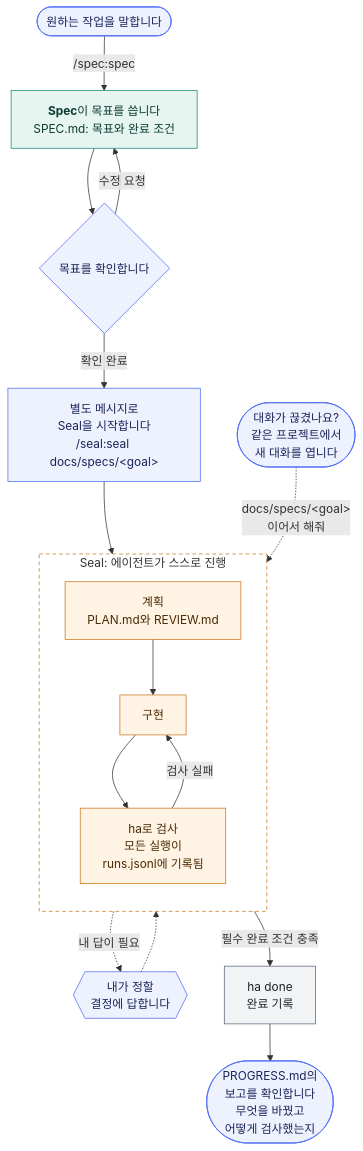
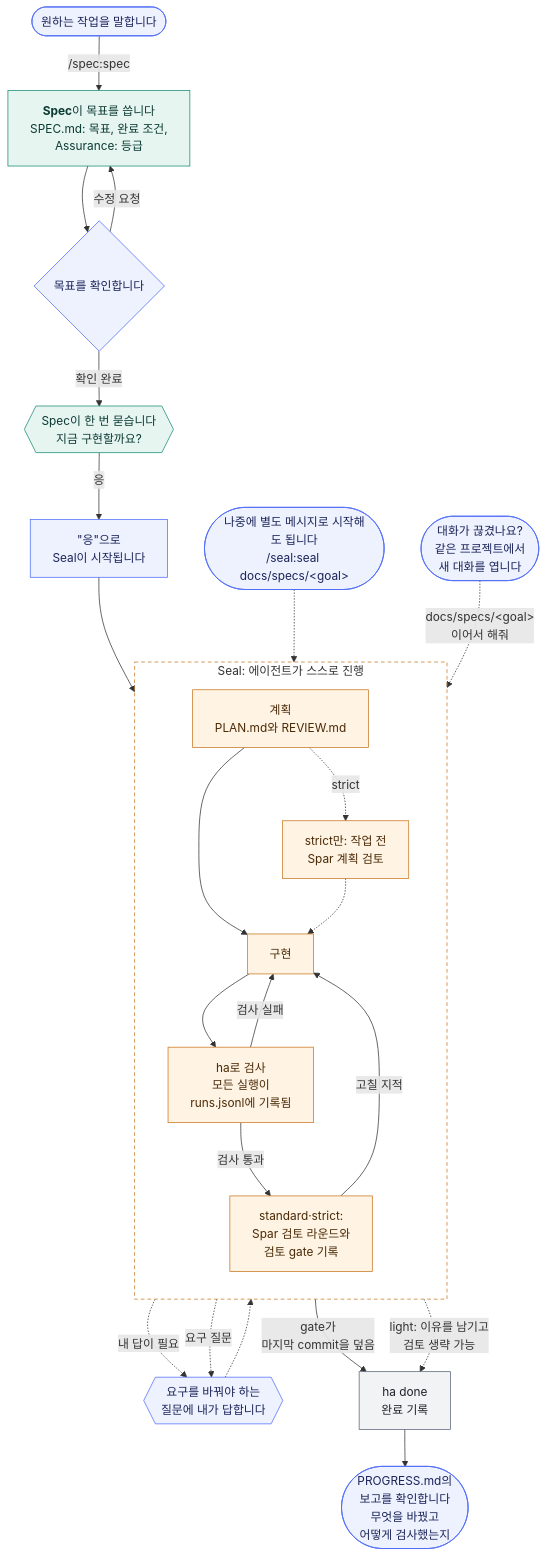
One commit to jgoneit/jaekit changed the diagram in README.ko.md. Above: the diagram before and after it, drawn with Mermaid. The commit also changed other lines of this file and 1 other file, not shown here.

Commit message:
Show the v0.1.7 flow in the README diagram, captions and image text
The How it works diagram now shows Spec's implement-now question, the
yes that starts Seal and the separate message that still does, checks
recorded through ha, Spar review rounds and the gate for standard and
strict goals, the strict plan review, light skipping review with a
reason, and requirement questions coming to the user. The folder tree
adds the Git-ignored Spar records, and the alt texts follow the new
images.

````diff
--- a/README.ko.md
+++ b/README.ko.md
@@ -38,36 +38,49 @@
 ```mermaid
 flowchart TD
     ask(["원하는 작업을 말합니다"])
-    spec["<b>Spec</b>이 목표를 씁니다<br/>SPEC.md: 목표와 완료 조건"]
+    spec["<b>Spec</b>이 목표를 씁니다<br/>SPEC.md: 목표, 완료 조건,<br/>Assurance: 등급"]
     review{"목표를 확인합니다"}
-    start["별도 메시지로<br/>Seal을 시작합니다<br/>/seal:seal docs/specs/#lt;goal#gt;"]
+    asknow{{"Spec이 한 번 묻습니다<br/>지금 구현할까요?"}}
+    start["#quot;응#quot;으로<br/>Seal이 시작됩니다"]
+    separate(["나중에 별도 메시지로 시작해도 됩니다<br/>/seal:seal docs/specs/#lt;goal#gt;"])
     subgraph seal ["Seal: 에이전트가 스스로 진행"]
         direction TB
         plan["계획<br/>PLAN.md와 REVIEW.md"]
+        planreview["strict만: 작업 전<br/>Spar 계획 검토"]
         build["구현"]
         check["ha로 검사<br/>모든 실행이<br/>runs.jsonl에 기록됨"]
+        spar["standard·strict:<br/>Spar 검토 라운드와<br/>검토 gate 기록"]
         plan --> build --> check
+        plan -.->|"strict"| planreview -.-> build
         check -->|"검사 실패"| build
+        check -->|"검사 통과"| spar
+        spar -->|"고칠 지적"| build
     end
-    decide{{"내가 정할<br/>결정에 답합니다"}}
+    decide{{"요구를 바꿔야 하는<br/>질문에 내가 답합니다"}}
     done["ha done<br/>완료 기록"]
     report(["PROGRESS.md의<br/>보고를 확인합니다<br/>무엇을 바꿨고<br/>어떻게 검사했는지"])
     resume(["대화가 끊겼나요?<br/>같은 프로젝트에서<br/>새 대화를 엽니다"])
 
     ask -->|"/spec:spec"| spec --> review
     review -->|"수정 요청"| spec
-    review -->|"확인 완료"| start --> plan
-    check -.->|"내 답이 필요"| decide -.-> build
-    check -->|"필수 완료 조건 충족"| done --> report
+    review -->|"확인 완료"| asknow
+    asknow -->|"응"| start --> plan
+    separate -.-> plan
+    check -.->|"내 답이 필요"| decide
+    spar -.->|"요구 질문"| decide
+    decide -.-> build
+    spar -->|"gate가<br/>마지막 commit을 덮음"| done
+    check -.->|"light: 이유를 남기고<br/>검토 생략 가능"| done
+    done --> report
     resume -.->|"docs/specs/#lt;goal#gt;<br/>이어서 해줘"| plan
 
     classDef you fill:#EEF1FE,stroke:#4F6CF7,color:#1B2559
     classDef specStep fill:#E7F5F1,stroke:#168975,color:#0B3B32
     classDef sealStep fill:#FFF3E3,stroke:#C9761F,color:#4A2A06
     classDef record fill:#F1F3F5,stroke:#596579,color:#1F2328
-    class ask,review,start,decide,report,resume you
-    class spec specStep
-    class plan,build,check sealStep
+    class ask,review,start,separate,decide,report,resume you
+    class spec,asknow specStep
+    class plan,planreview,build,check,spar sealStep
     class done record
     style seal fill:none,stroke:#C9761F,stroke-dasharray:5 4
 ```
````
